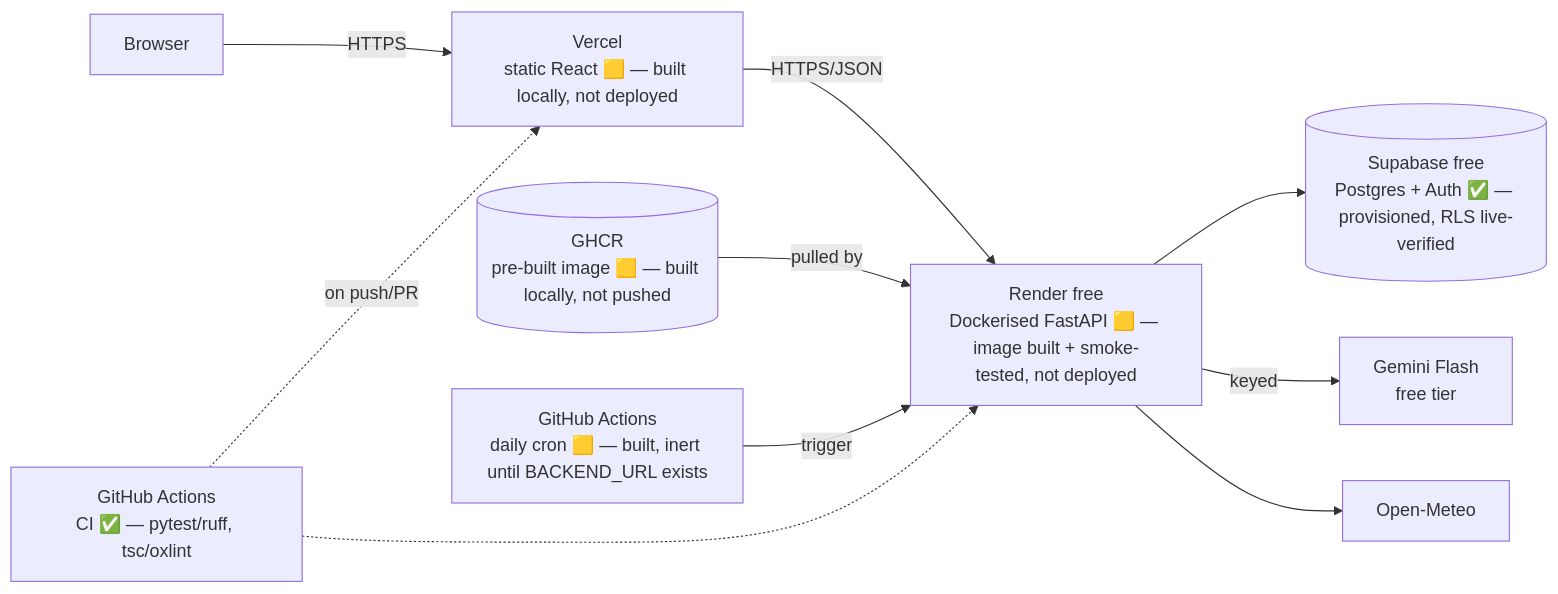
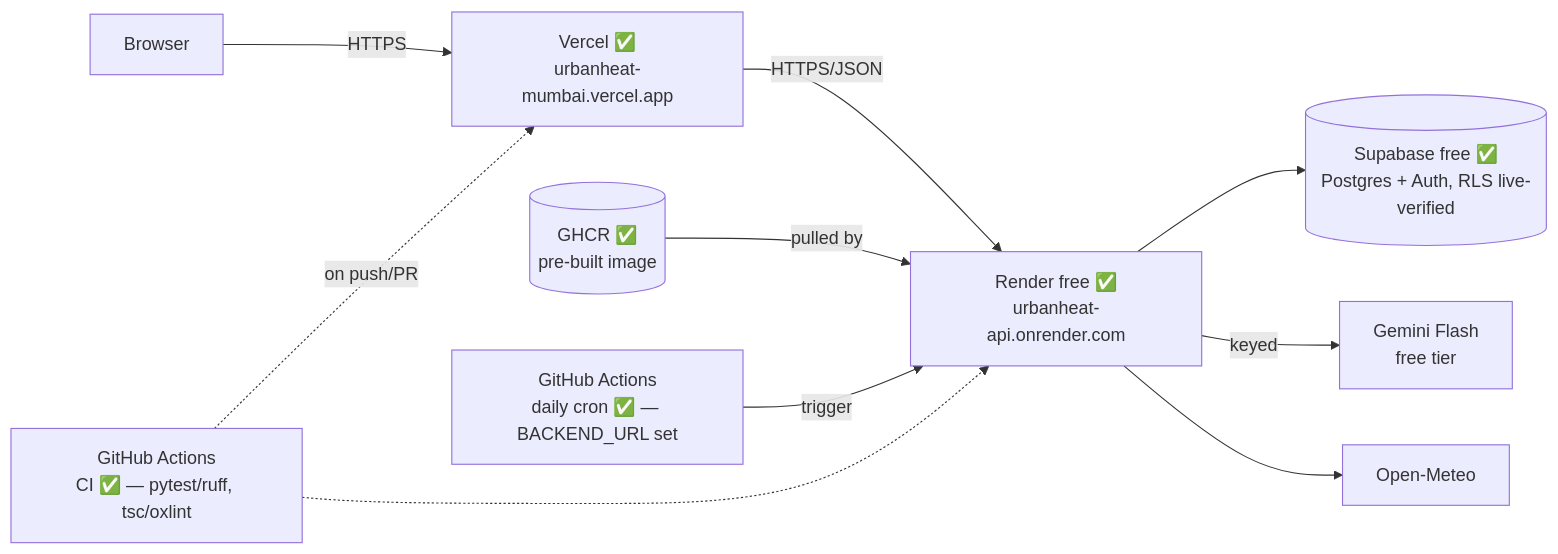
The fifth of 5 diagrams in docs/architecture.md (DevGurav/urbanheat-mumbai), drawn with Mermaid before and after one commit. The commit also changed other lines of this file and 9 other files, not shown here.

````diff
--- a/docs/architecture.md
+++ b/docs/architecture.md
@@ -167,12 +166,12 @@
 ```mermaid
 flowchart LR
-    U[Browser] -->|HTTPS| V[Vercel<br/>static React 🟨 — built locally, not deployed]
-    V -->|HTTPS/JSON| R[Render free<br/>Dockerised FastAPI 🟨 — image built + smoke-tested, not deployed]
-    R --> S[(Supabase free<br/>Postgres + Auth ✅ — provisioned, RLS live-verified)]
+    U[Browser] -->|HTTPS| V["Vercel ✅<br/>urbanheat-mumbai.vercel.app"]
+    V -->|HTTPS/JSON| R["Render free ✅<br/>urbanheat-api.onrender.com"]
+    R --> S[(Supabase free ✅<br/>Postgres + Auth, RLS live-verified)]
     R -->|keyed| G[Gemini Flash<br/>free tier]
     R --> OM[Open-Meteo]
-    GHCR[(GHCR<br/>pre-built image 🟨 — built locally, not pushed)] -->|pulled by| R
-    GA[GitHub Actions<br/>daily cron 🟨 — built, inert until BACKEND_URL exists] -->|trigger| R
+    GHCR[(GHCR ✅<br/>pre-built image)] -->|pulled by| R
+    GA[GitHub Actions<br/>daily cron ✅ — BACKEND_URL set] -->|trigger| R
     CI[GitHub Actions<br/>CI ✅ — pytest/ruff, tsc/oxlint] -.on push/PR.-> V
     CI -.-> R
 ```
````
